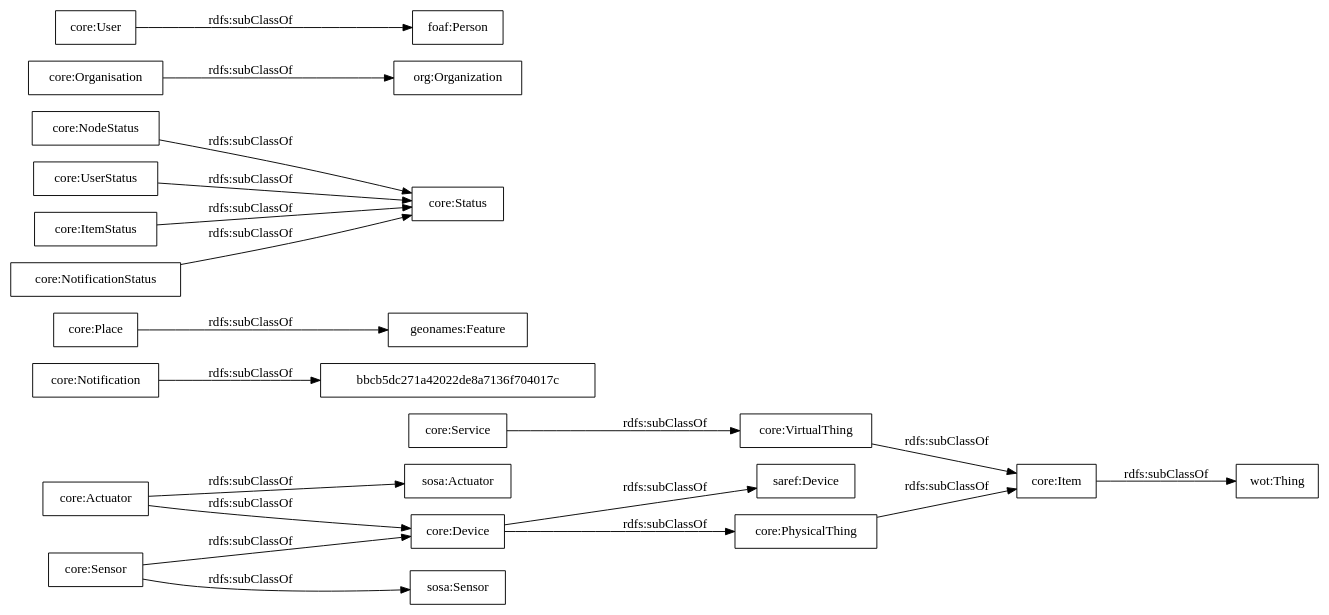
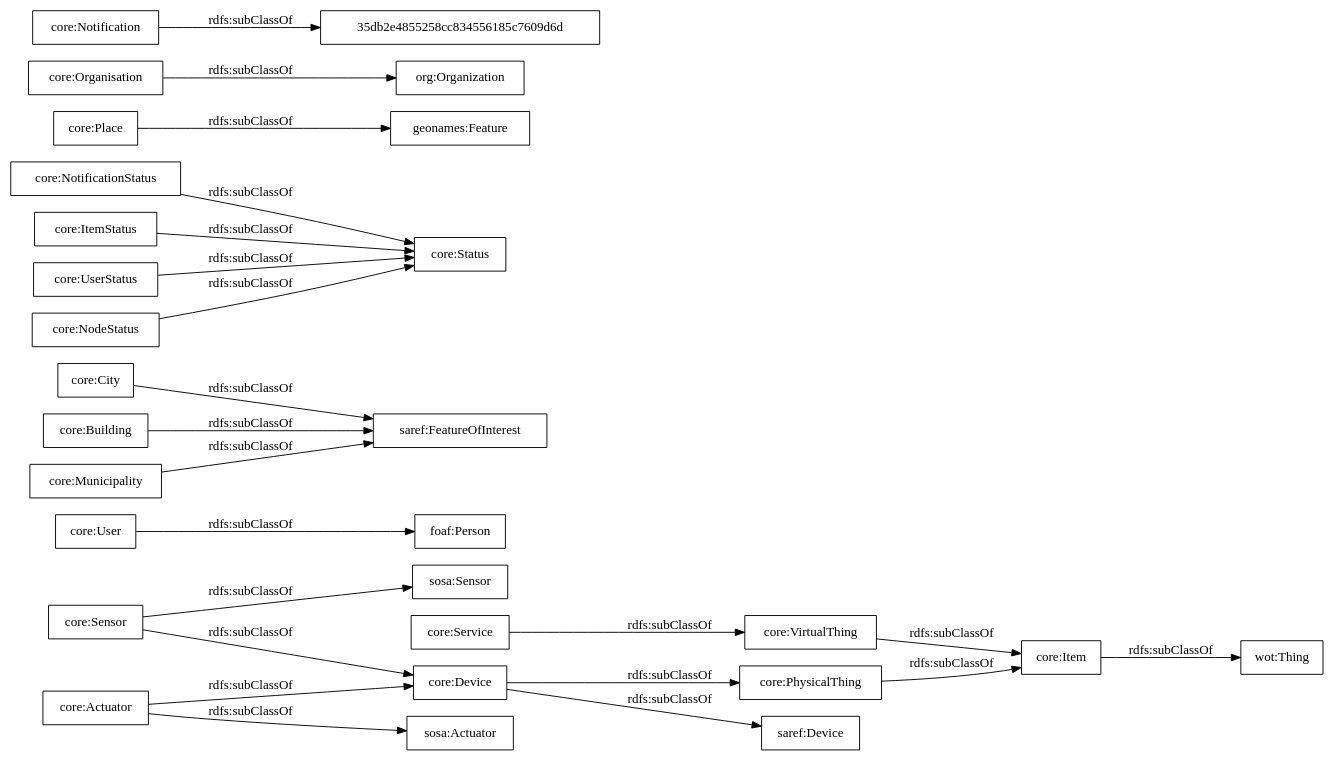
The diagram in OnToology/ontology/auroral-core.ttl/diagrams/ar2dtool-taxonomy/auroral-core.ttl.png.dot (oeg-upm/auroral-core-ontology), drawn with Graphviz before and after one commit. The commit also changed 12 other files, not shown here.

```diff
--- a/OnToology/ontology/auroral-core.ttl/diagrams/ar2dtool-taxonomy/auroral-core.ttl.png.dot
+++ b/OnToology/ontology/auroral-core.ttl/diagrams/ar2dtool-taxonomy/auroral-core.ttl.png.dot
@@ -1,24 +1,27 @@
 digraph ar2dtool_diagram { 
 rankdir=LR;
 size="1000"
-node [shape = rectangle, color="black"]; "core:Service" "core:Notification" "core:Place" "core:NodeStatus" "core:VirtualThing" "core:UserStatus" "org:Organization" "core:User" "core:Item" "core:ItemStatus" "sosa:Actuator" "core:Actuator" "core:Organisation" "core:NotificationStatus" "foaf:Person" "bbcb5dc271a42022de8a7136f704017c" "saref:Device" "core:PhysicalThing" "geonames:Feature" "sosa:Sensor" "wot:Thing" "core:Status" "core:Device" "core:Sensor" ; /*classes style*/
-	"core:Item" -> "wot:Thing" [ label = "rdfs:subClassOf" ];
+node [shape = rectangle, color="black"]; "wot:Thing" "core:User" "saref:Device" "core:City" "core:NotificationStatus" "geonames:Feature" "core:Status" "core:Service" "core:Device" "core:Sensor" "core:Actuator" "core:Organisation" "foaf:Person" "core:Building" "org:Organization" "core:Item" "core:Place" "core:Notification" "core:ItemStatus" "core:PhysicalThing" "sosa:Actuator" "core:UserStatus" "core:NodeStatus" "core:Municipality" "core:VirtualThing" "saref:FeatureOfInterest" "sosa:Sensor" "35db2e4855258cc834556185c7609d6d" ; /*classes style*/
+	"core:ItemStatus" -> "core:Status" [ label = "rdfs:subClassOf" ];
+	"core:Service" -> "core:VirtualThing" [ label = "rdfs:subClassOf" ];
+	"core:Organisation" -> "org:Organization" [ label = "rdfs:subClassOf" ];
+	"core:User" -> "foaf:Person" [ label = "rdfs:subClassOf" ];
+	"core:Building" -> "saref:FeatureOfInterest" [ label = "rdfs:subClassOf" ];
+	"core:PhysicalThing" -> "core:Item" [ label = "rdfs:subClassOf" ];
+	"core:Device" -> "saref:Device" [ label = "rdfs:subClassOf" ];
+	"core:Device" -> "core:PhysicalThing" [ label = "rdfs:subClassOf" ];
+	"core:Municipality" -> "saref:FeatureOfInterest" [ label = "rdfs:subClassOf" ];
+	"core:NodeStatus" -> "core:Status" [ label = "rdfs:subClassOf" ];
 	"core:UserStatus" -> "core:Status" [ label = "rdfs:subClassOf" ];
-	"core:Place" -> "geonames:Feature" [ label = "rdfs:subClassOf" ];
-	"core:VirtualThing" -> "core:Item" [ label = "rdfs:subClassOf" ];
-	"core:Notification" -> "bbcb5dc271a42022de8a7136f704017c" [ label = "rdfs:subClassOf" ];
-	"core:PhysicalThing" -> "core:Item" [ label = "rdfs:subClassOf" ];
 	"core:Sensor" -> "core:Device" [ label = "rdfs:subClassOf" ];
 	"core:Sensor" -> "sosa:Sensor" [ label = "rdfs:subClassOf" ];
-	"core:NodeStatus" -> "core:Status" [ label = "rdfs:subClassOf" ];
-	"core:User" -> "foaf:Person" [ label = "rdfs:subClassOf" ];
+	"core:VirtualThing" -> "core:Item" [ label = "rdfs:subClassOf" ];
 	"core:Actuator" -> "core:Device" [ label = "rdfs:subClassOf" ];
 	"core:Actuator" -> "sosa:Actuator" [ label = "rdfs:subClassOf" ];
-	"core:ItemStatus" -> "core:Status" [ label = "rdfs:subClassOf" ];
-	"core:Device" -> "saref:Device" [ label = "rdfs:subClassOf" ];
-	"core:Device" -> "core:PhysicalThing" [ label = "rdfs:subClassOf" ];
-	"core:Service" -> "core:VirtualThing" [ label = "rdfs:subClassOf" ];
+	"core:Item" -> "wot:Thing" [ label = "rdfs:subClassOf" ];
+	"core:Place" -> "geonames:Feature" [ label = "rdfs:subClassOf" ];
+	"core:Notification" -> "35db2e4855258cc834556185c7609d6d" [ label = "rdfs:subClassOf" ];
 	"core:NotificationStatus" -> "core:Status" [ label = "rdfs:subClassOf" ];
-	"core:Organisation" -> "org:Organization" [ label = "rdfs:subClassOf" ];
+	"core:City" -> "saref:FeatureOfInterest" [ label = "rdfs:subClassOf" ];
 
 }
```
